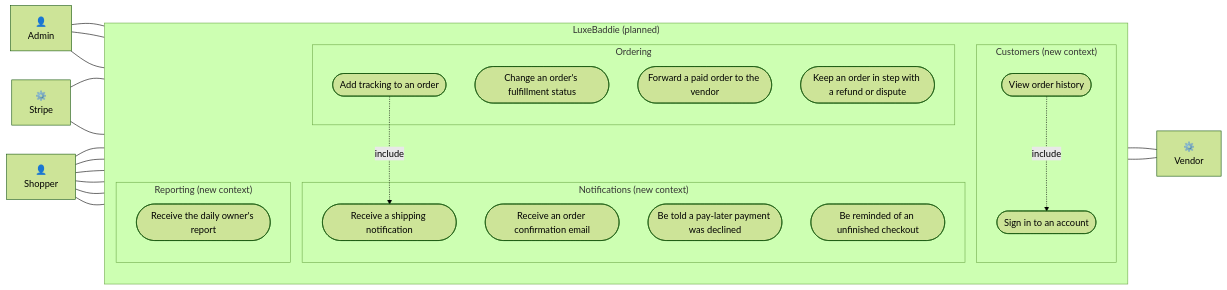
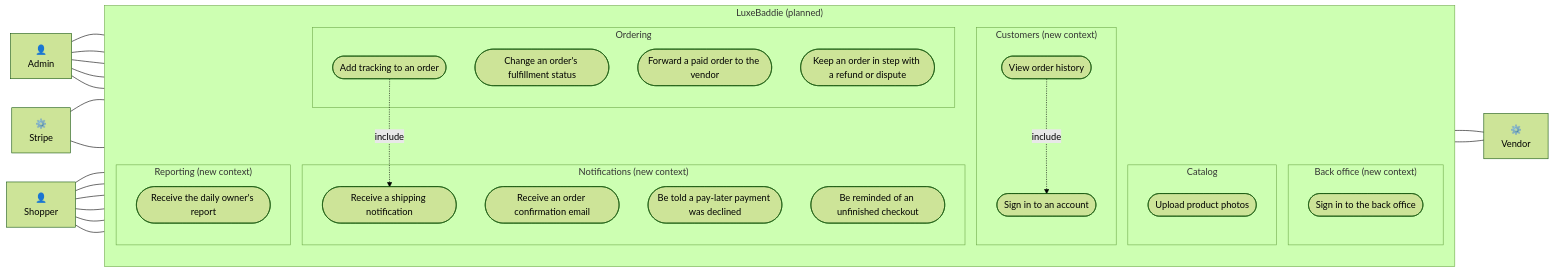
One commit to rossislike/luxebaddie changed the third of 3 diagrams in docs/use-case-diagrams.md. Above: the diagram before and after it, drawn with Mermaid (forest theme). The commit also changed other lines of this file and 2 other files, not shown here.

Commit message:
Expand the roadmap with back-office plans
- Add owner sign-in, back-office workflows, and launch readiness items
- Update infrastructure and use-case diagrams for planned back-office changes

````diff
--- a/docs/use-case-diagrams.md
+++ b/docs/use-case-diagrams.md
@@ -157,52 +157,62 @@
 ```mermaid
 flowchart LR
     shopper["👤<br/>Shopper"]
     admin["👤<br/>Admin"]
     vendor["⚙️<br/>Vendor"]
     stripe["⚙️<br/>Stripe"]
 
     subgraph system["LuxeBaddie (planned)"]
         direction TB
+
+        subgraph backOfficeCtx["Back office (new context)"]
+            signIn([Sign in to the back office])
+        end
+
+        subgraph catalogCtx["Catalog"]
+            photos([Upload product photos])
+        end
 
         subgraph orderingCtx["Ordering"]
             status([Change an order's fulfillment status])
             tracking([Add tracking to an order])
             forward([Forward a paid order to the vendor])
             refund([Keep an order in step with a refund or dispute])
         end
 
         subgraph notifyCtx["Notifications (new context)"]
             confirmEmail([Receive an order confirmation email])
             shipEmail([Receive a shipping notification])
             declined([Be told a pay-later payment was declined])
             abandoned([Be reminded of an unfinished checkout])
         end
 
         subgraph customerCtx["Customers (new context)"]
             account([Sign in to an account])
             history([View order history])
         end
 
         subgraph reportCtx["Reporting (new context)"]
             report([Receive the daily owner's report])
         end
     end
 
+    admin --- signIn
+    admin --- photos
     admin --- status
     admin --- tracking
     admin --- report
     forward --- vendor
     vendor --- tracking
     stripe --- refund
     stripe --- declined
 
     shopper --- confirmEmail
     shopper --- shipEmail
     shopper --- declined
     shopper --- abandoned
     shopper --- account
     shopper --- history
 
     tracking -. include .-> shipEmail
     history -. include .-> account
 ```
````
